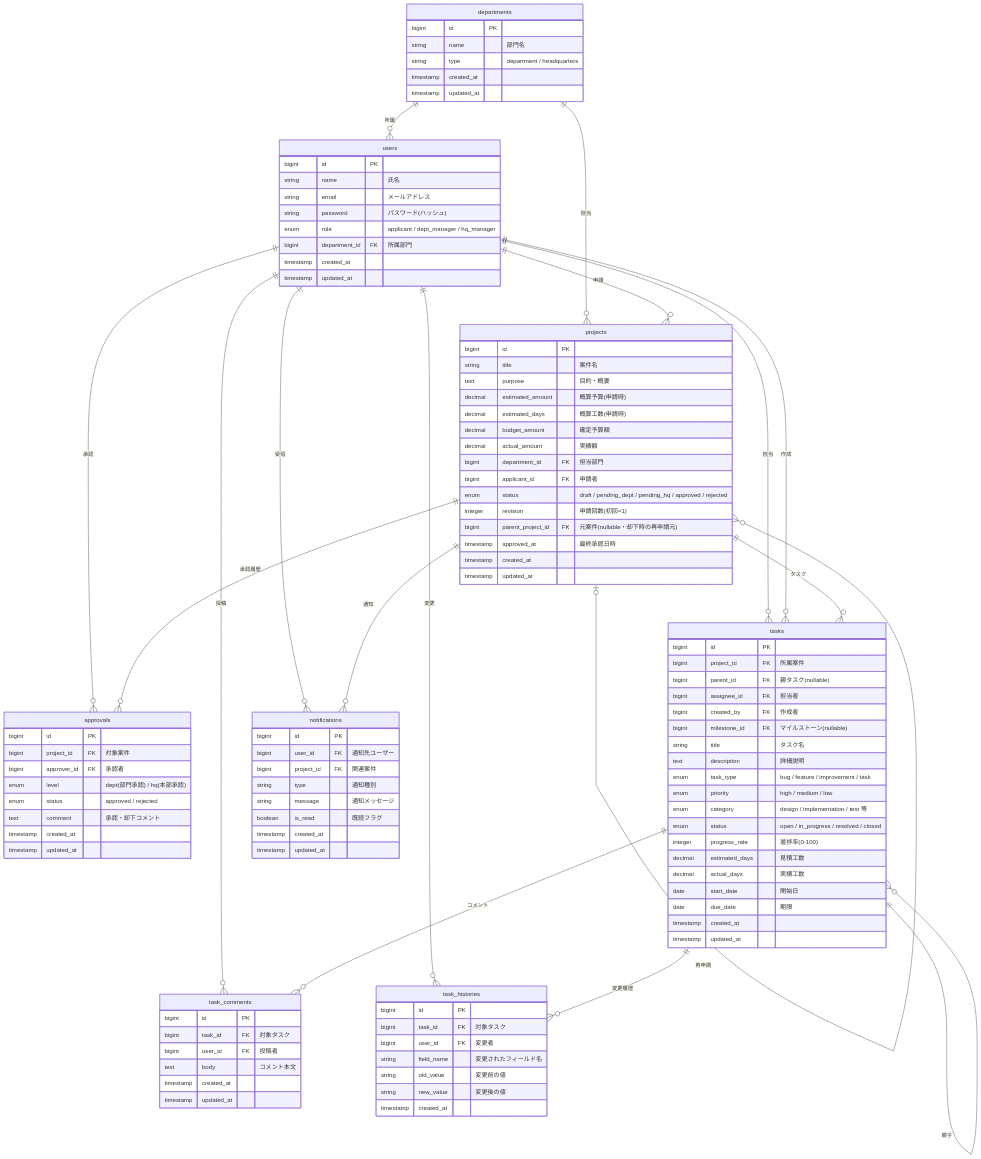
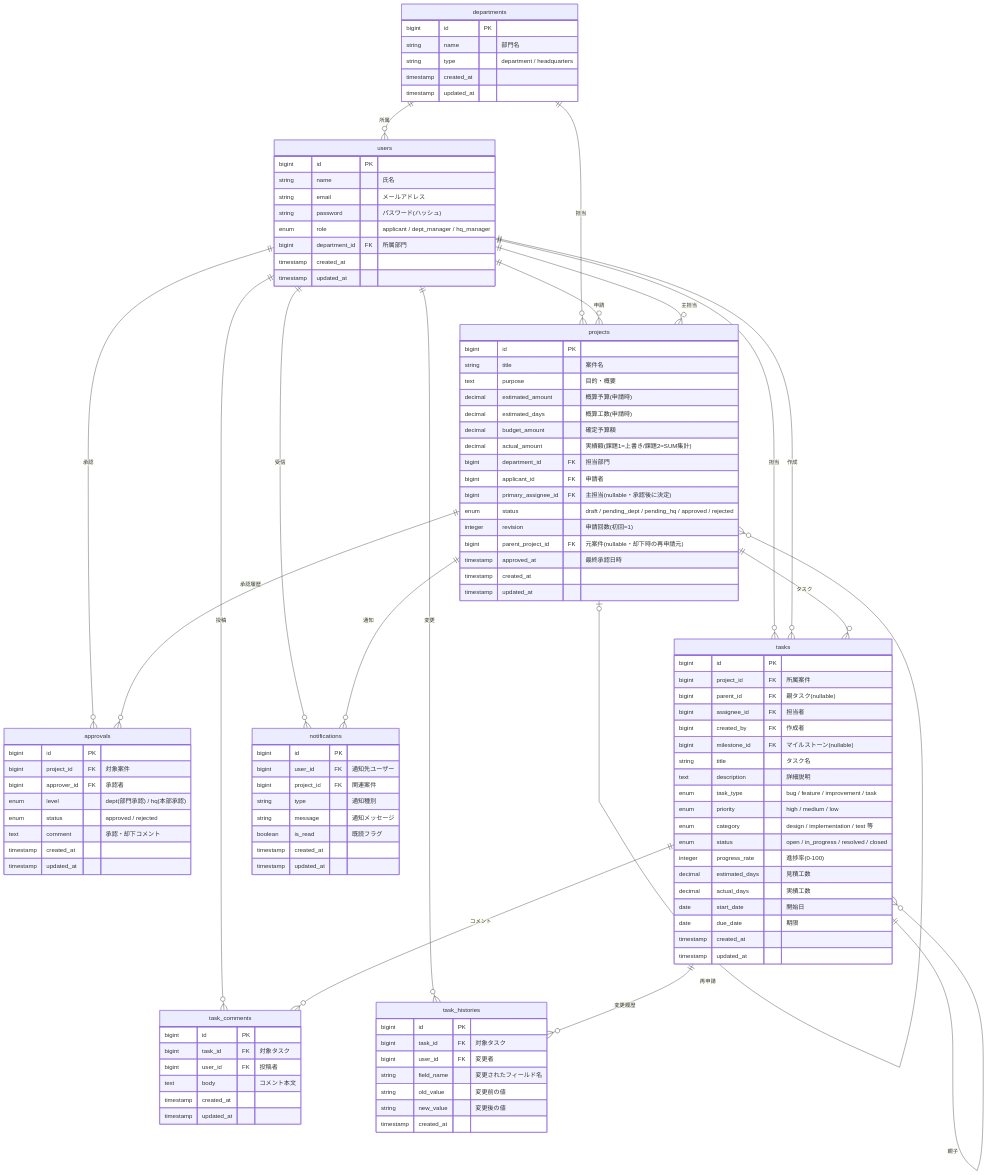
The diagram in doc/Design/er_diagram.md (toutetu/ProjNexus), drawn with Mermaid before and after one commit. The commit also changed other lines of this file and 10 other files, not shown here.

```diff
--- a/doc/Design/er_diagram.md
+++ b/doc/Design/er_diagram.md
@@ -59,9 +63,10 @@
     decimal estimated_amount "概算予算(申請時)"
     decimal estimated_days "概算工数(申請時)"
     decimal budget_amount "確定予算額"
-    decimal actual_amount "実績額"
+    decimal actual_amount "実績額(課題1=上書き/課題2=SUM集計)"
     bigint department_id FK "担当部門"
     bigint applicant_id FK "申請者"
+    bigint primary_assignee_id FK "主担当(nullable・承認後に決定)"
     enum status "draft / pending_dept / pending_hq / approved / rejected"
     integer revision "申請回数(初回=1)"
     bigint parent_project_id FK "元案件(nullable・却下時の再申請元)"
@@ -131,6 +136,7 @@
   departments ||--o{ users : "所属"
   departments ||--o{ projects : "担当"
   users ||--o{ projects : "申請"
+  users ||--o{ projects : "主担当"
   users ||--o{ approvals : "承認"
   users ||--o{ tasks : "担当"
   users ||--o{ tasks : "作成"
```
